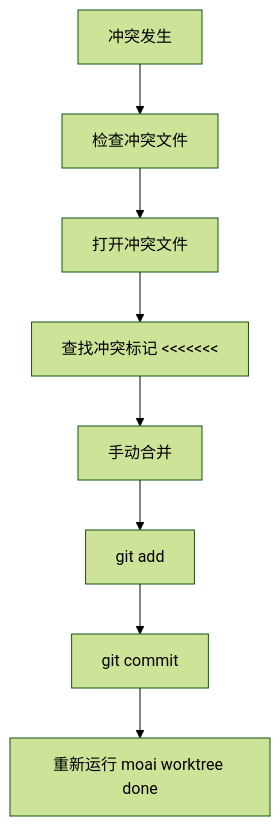
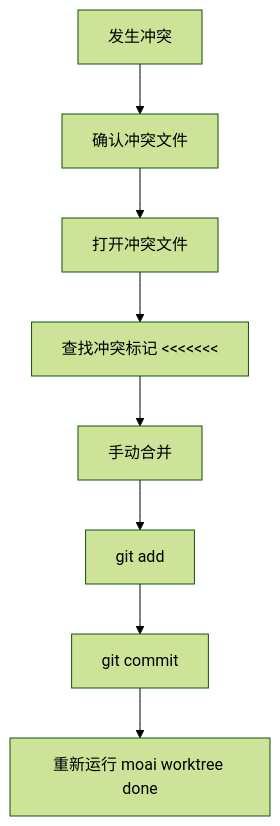
The sixth of 9 diagrams in docs-site/content/zh/worktree/faq.md (modu-ai/moai-adk), drawn with Mermaid (forest theme) before and after one commit. The commit also changed other lines of this file and 395 other files, not shown here.

````diff
--- a/docs-site/content/zh/worktree/faq.md
+++ b/docs-site/content/zh/worktree/faq.md
@@ -249,10 +249,10 @@
 ```mermaid
 flowchart TD
-    A[冲突发生] --> B[检查冲突文件]
+    A[发生冲突] --> B[确认冲突文件]
     B --> C[打开冲突文件]
-    C --> D[查找冲突标记 <<<<<<<]
+    C --> D[查找冲突标记 &lt;&lt;&lt;&lt;&lt;&lt;&lt;]
     D --> E[手动合并]
     E --> F[git add]
     F --> G[git commit]
     G --> H[重新运行 moai worktree done]
 ```
````
